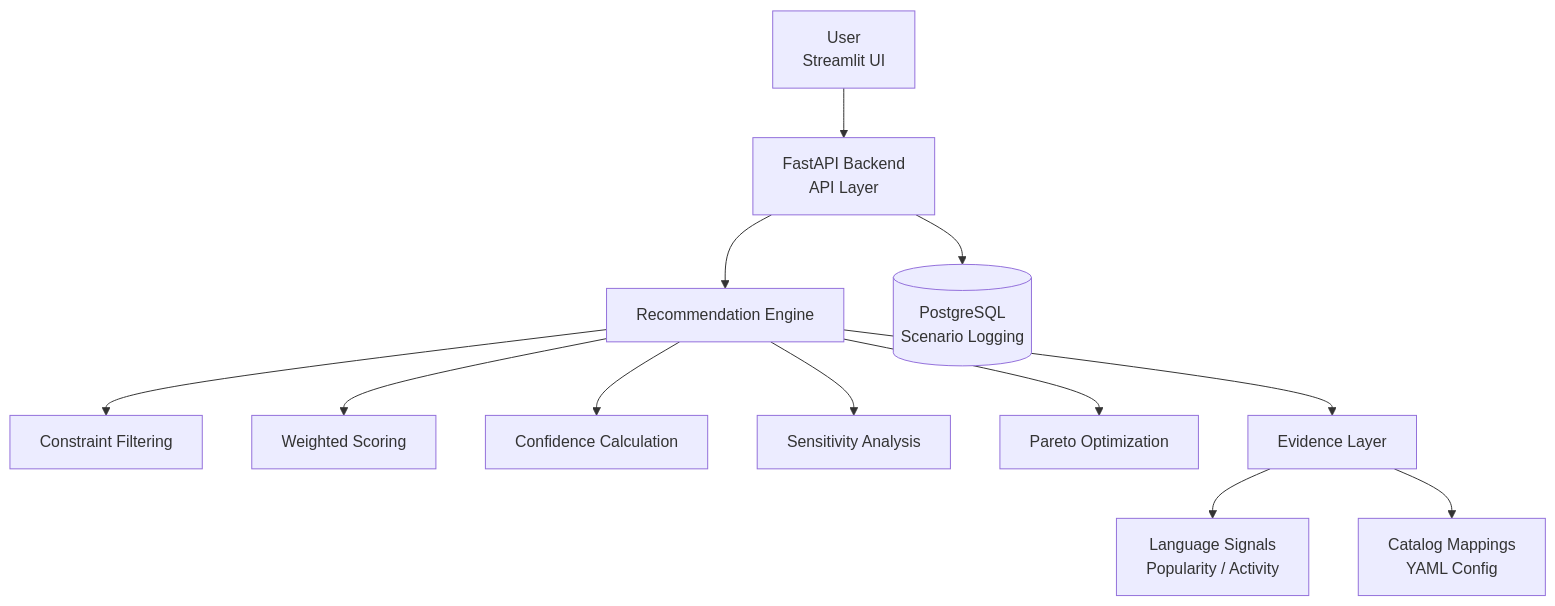
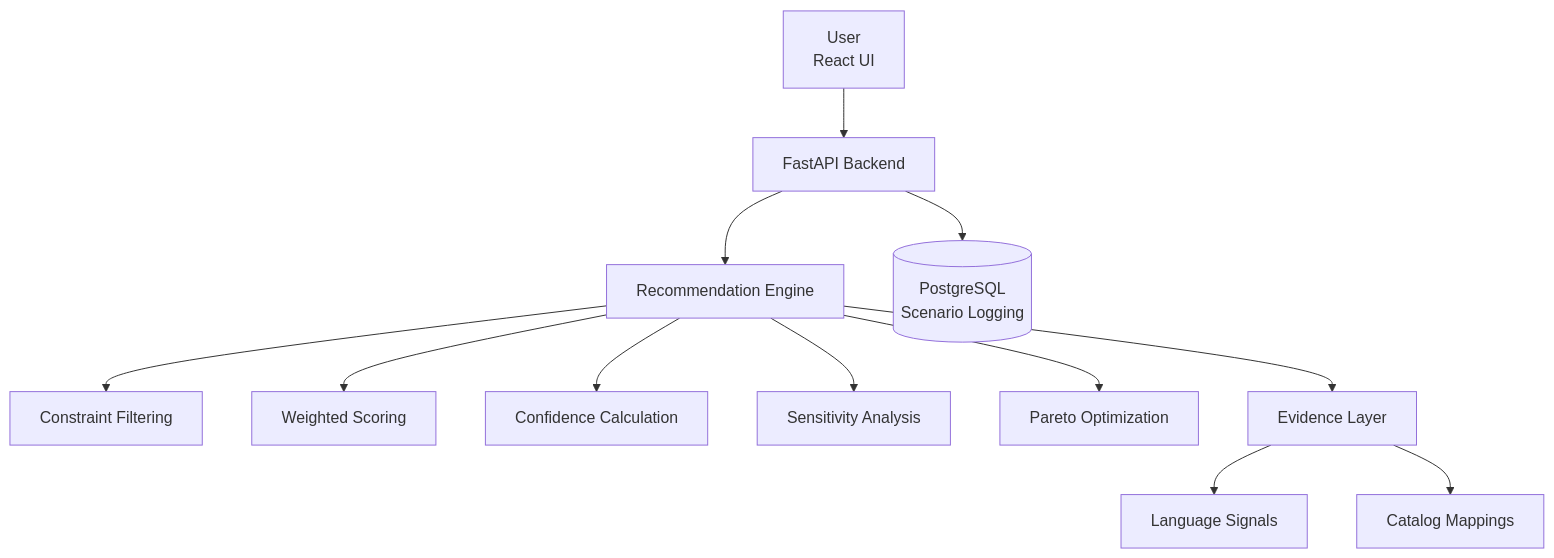
Before and after one commit to AdItyAsIngh1800/StackWise-AI: the diagram in README.md, drawn with Mermaid. The commit also changed other lines of this file and 3 other files, not shown here.

````diff
--- a/README.md
+++ b/README.md
@@ -220,56 +207,19 @@
 ```mermaid
 flowchart TD
 
-    %% ---------------------------
-    %% User Layer
-    %% ---------------------------
-    A[User<br>Streamlit UI]
+    A[User<br>React UI] --> B[FastAPI Backend]
 
-    %% ---------------------------
-    %% API Layer
-    %% ---------------------------
-    B[FastAPI Backend<br>API Layer]
+    B --> C[Recommendation Engine]
 
-    %% ---------------------------
-    %% Core Engine
-    %% ---------------------------
-    C[Recommendation Engine]
+    C --> C1[Constraint Filtering]
+    C --> C2[Weighted Scoring]
+    C --> C3[Confidence Calculation]
+    C --> C4[Sensitivity Analysis]
+    C --> C5[Pareto Optimization]
 
-    C1[Constraint Filtering]
-    C2[Weighted Scoring]
-    C3[Confidence Calculation]
-    C4[Sensitivity Analysis]
-    C5[Pareto Optimization]
+    C --> D[Evidence Layer]
+    D --> D1[Language Signals]
+    D --> D2[Catalog Mappings]
 
-    %% ---------------------------
-    %% Evidence Layer
-    %% ---------------------------
-    D[Evidence Layer]
-
-    D1[Language Signals<br>Popularity / Activity]
-    D2[Catalog Mappings<br>YAML Config]
-
-    %% ---------------------------
-    %% Data Layer
-    %% ---------------------------
-    E[(PostgreSQL<br>Scenario Logging)]
-
-    %% ---------------------------
-    %% Flow Connections
-    %% ---------------------------
-    A --> B
-    B --> C
-
-    C --> C1
-    C --> C2
-    C --> C3
-    C --> C4
-    C --> C5
-
-    C --> D
-    D --> D1
-    D --> D2
-
-    B --> E
-
+    B --> E[(PostgreSQL<br>Scenario Logging)]
 ```
````
